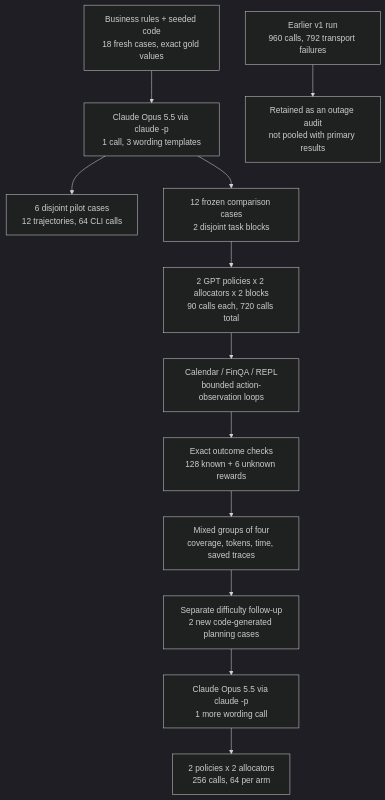
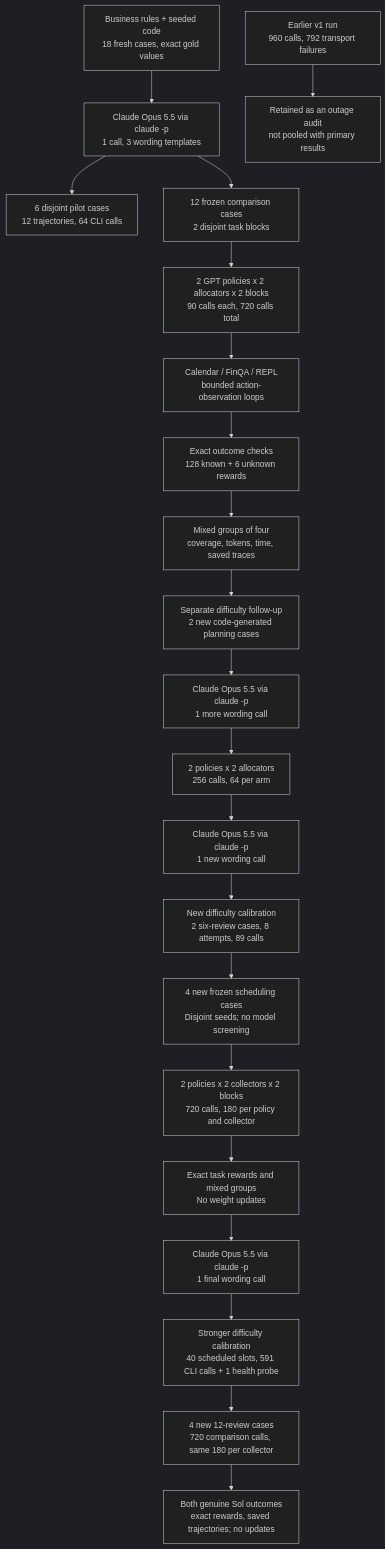
One commit to k-sandhu/experiment-notebooks changed the first of 5 diagrams in notebooks/27-adaptive-knowledge-rollouts/README.md. Above: the diagram before and after it, drawn with Mermaid (dark theme). The commit also changed other lines of this file and 2438 other files, not shown here.

````diff
--- a/notebooks/27-adaptive-knowledge-rollouts/README.md
+++ b/notebooks/27-adaptive-knowledge-rollouts/README.md
@@ -46,14 +44,23 @@
 ```mermaid
 flowchart TD
   rules["Business rules + seeded code<br/>18 fresh cases, exact gold values"] --> author["Claude Opus 5.5 via claude -p<br/>1 call, 3 wording templates"]
   author --> pilot["6 disjoint pilot cases<br/>12 trajectories, 64 CLI calls"]
   author --> frozen["12 frozen comparison cases<br/>2 disjoint task blocks"]
   frozen --> arms["2 GPT policies x 2 allocators x 2 blocks<br/>90 calls each, 720 calls total"]
   arms --> loop["Calendar / FinQA / REPL<br/>bounded action-observation loops"]
   loop --> scores["Exact outcome checks<br/>128 known + 6 unknown rewards"]
   scores --> result["Mixed groups of four<br/>coverage, tokens, time, saved traces"]
   old["Earlier v1 run<br/>960 calls, 792 transport failures"] --> audit["Retained as an outage audit<br/>not pooled with primary results"]
   result --> stressdata["Separate difficulty follow-up<br/>2 new code-generated planning cases"]
   stressdata --> stressauthor["Claude Opus 5.5 via claude -p<br/>1 more wording call"]
   stressauthor --> stress["2 policies x 2 allocators<br/>256 calls, 64 per arm"]
+  stress --> frontierwording["Claude Opus 5.5 via claude -p<br/>1 new wording call"]
+  frontierwording --> frontierpilot["New difficulty calibration<br/>2 six-review cases, 8 attempts, 89 calls"]
+  frontierpilot --> frontierfresh["4 new frozen scheduling cases<br/>Disjoint seeds; no model screening"]
+  frontierfresh --> frontierarms["2 policies x 2 collectors x 2 blocks<br/>720 calls, 180 per policy and collector"]
+  frontierarms --> frontierresult["Exact task rewards and mixed groups<br/>No weight updates"]
+  frontierresult --> strongerwording["Claude Opus 5.5 via claude -p<br/>1 final wording call"]
+  strongerwording --> strongerpilot["Stronger difficulty calibration<br/>40 scheduled slots, 591 CLI calls + 1 health probe"]
+  strongerpilot --> strongerfresh["4 new 12-review cases<br/>720 comparison calls, same 180 per collector"]
+  strongerfresh --> strongerresult["Both genuine Sol outcomes<br/>exact rewards, saved trajectories; no updates"]
 ```
````
